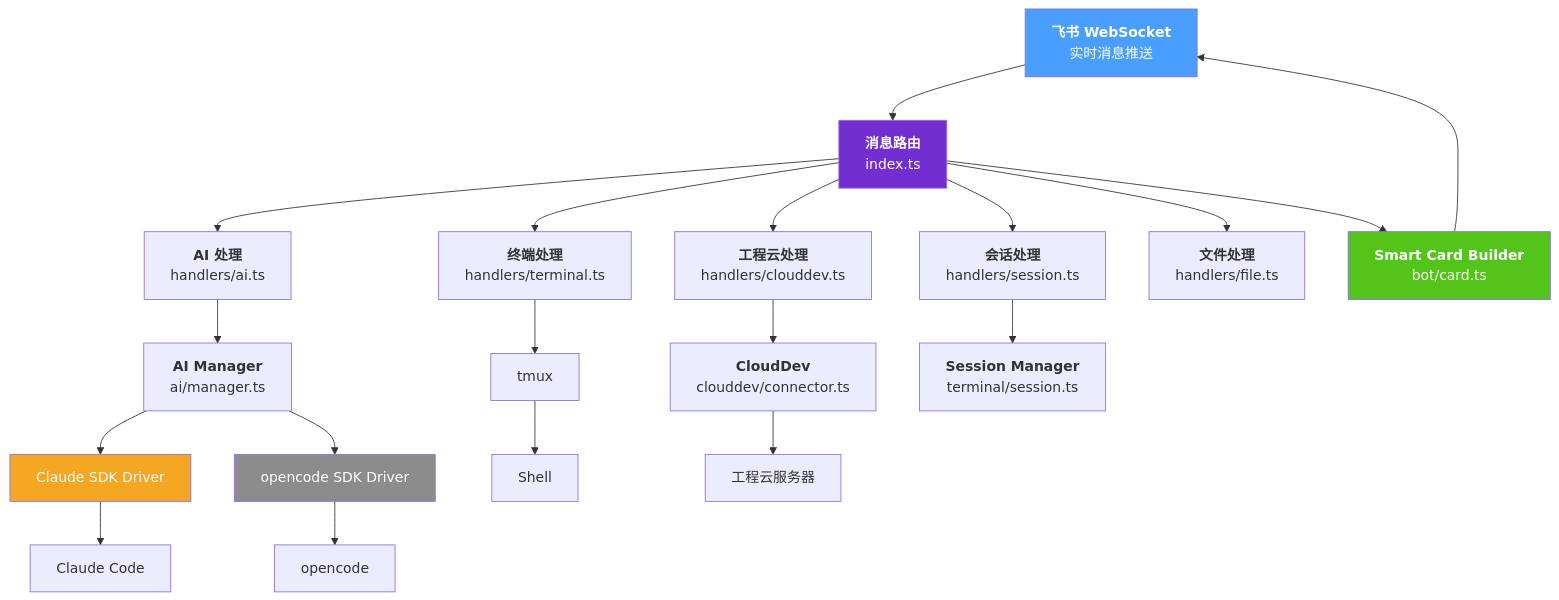
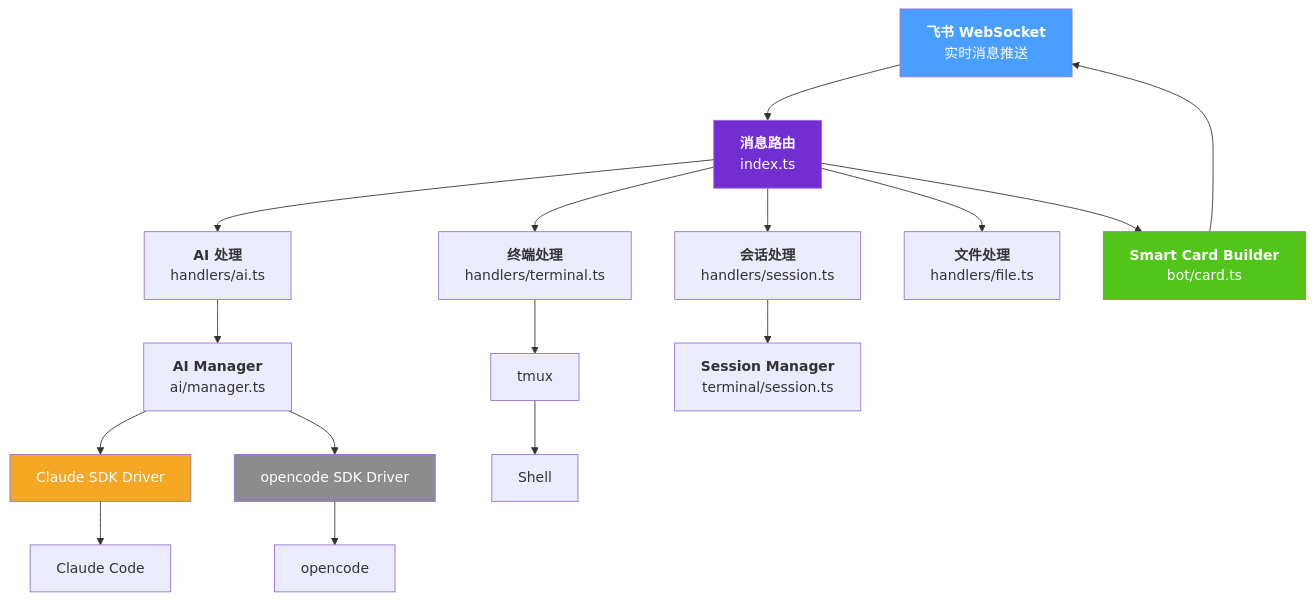
The diagram in README.md (skjjks/Remote-CLI), drawn with Mermaid before and after one commit. The commit also changed other lines of this file and 13 other files, not shown here.

````diff
--- a/README.md
+++ b/README.md
@@ -425,33 +388,30 @@
 ```mermaid
 graph TB
     FS["<b>飞书 WebSocket</b><br/>实时消息推送"] --> Router["<b>消息路由</b><br/>index.ts"]
 
     Router --> TH["<b>终端处理</b><br/>handlers/terminal.ts"]
     Router --> AH["<b>AI 处理</b><br/>handlers/ai.ts"]
-    Router --> CH["<b>工程云处理</b><br/>handlers/clouddev.ts"]
     Router --> SH["<b>会话处理</b><br/>handlers/session.ts"]
     Router --> FH["<b>文件处理</b><br/>handlers/file.ts"]
 
     TH --> TMUX["tmux"]
     AH --> AM["<b>AI Manager</b><br/>ai/manager.ts"]
-    CH --> CC["<b>CloudDev</b><br/>clouddev/connector.ts"]
     SH --> SM["<b>Session Manager</b><br/>terminal/session.ts"]
 
     AM --> CD["Claude SDK Driver"]
     AM --> OD["opencode SDK Driver"]
 
     CD --> CLI["Claude Code"]
     OD --> OC["opencode"]
 
     TMUX --> Shell["Shell"]
-    CC --> Cloud["工程云服务器"]
 
     Router --> Card["<b>Smart Card Builder</b><br/>bot/card.ts"]
     Card --> FS
 
     style FS fill:#4a9eff,color:#fff
     style Router fill:#722ed1,color:#fff
     style CD fill:#f5a623,color:#fff
     style OD fill:#8c8c8c,color:#fff
     style Card fill:#52c41a,color:#fff
 ```
````
